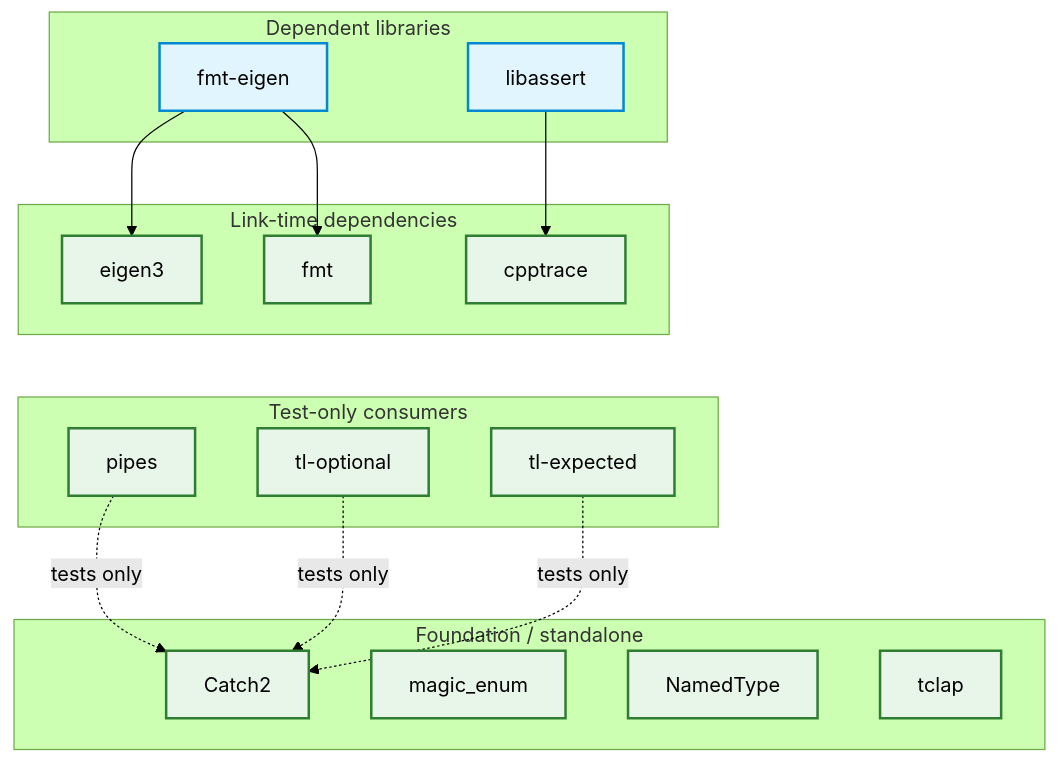
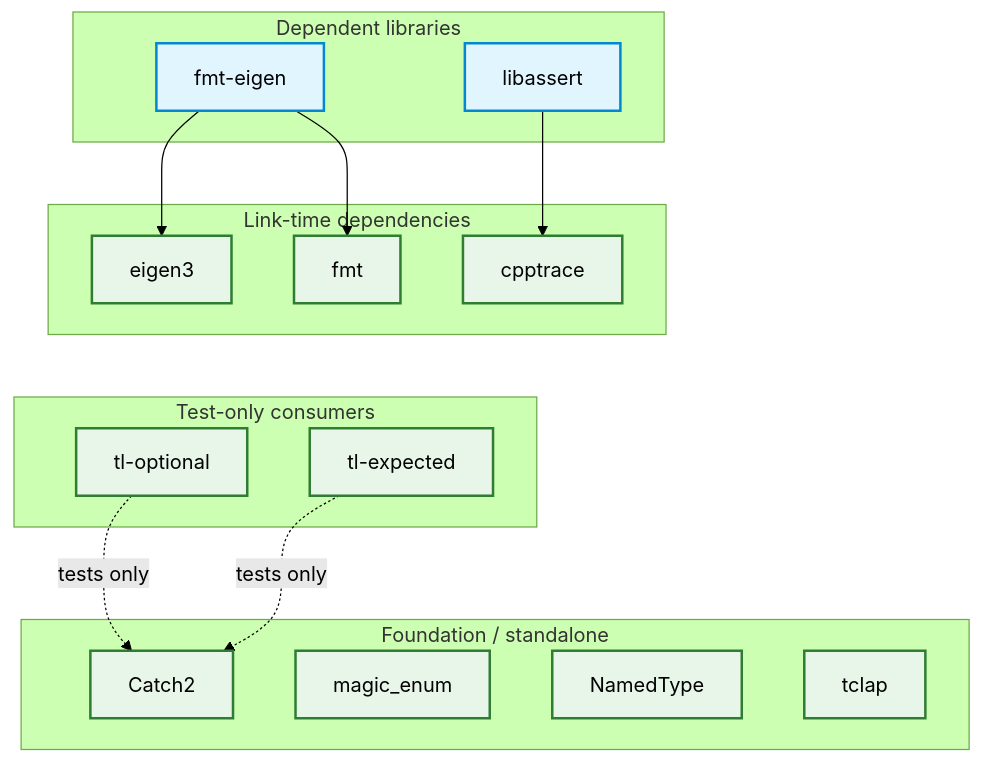
Before and after one commit to cscosine/third_party_base_libs: the diagram in README.md, drawn with Mermaid (forest theme). The commit also changed other lines of this file and 2 other files, not shown here.

First line of the commit message:
pipes dropped

````diff
--- a/README.md
+++ b/README.md
@@ -132,48 +131,46 @@
 ```mermaid
 %%{init: {"flowchart": {"curve": "basis"}} }%%
 graph TD
     %% Edge convention: A --> B  ⇒  "A depends on B"
     %% Solid arrow   = compile / link-time dependency
     %% Dotted arrow  = test-only dependency
 
     classDef consumer fill:#e1f5fe,stroke:#0288d1,stroke-width:2px;
     classDef leaf    fill:#e8f5e9,stroke:#2e7d32,stroke-width:2px;
 
     subgraph dependents["Dependent libraries"]
         fmt_eigen["fmt-eigen"]
         libassert["libassert"]
     end
 
     subgraph link_deps["Link-time dependencies"]
         eigen3["eigen3"]
         fmt["fmt"]
         cpptrace["cpptrace"]
     end
 
     subgraph test_users["Test-only consumers"]
-        pipes["pipes"]
         tl_optional["tl-optional"]
         tl_expected["tl-expected"]
     end
 
     subgraph foundation["Foundation / standalone"]
         catch2["Catch2"]
         magic_enum["magic_enum"]
         namedtype["NamedType"]
         tclap["tclap"]
     end
 
     fmt_eigen --> eigen3
     fmt_eigen --> fmt
     libassert --> cpptrace
 
-    pipes -. "tests only" .-> catch2
     tl_optional -. "tests only" .-> catch2
     tl_expected -. "tests only" .-> catch2
 
     %% invisible links force each group onto its own row (strict vertical layout)
     dependents ~~~ link_deps ~~~ test_users ~~~ foundation
 
     class fmt_eigen,libassert consumer;
-    class eigen3,fmt,cpptrace,magic_enum,catch2,namedtype,tclap,pipes,tl_optional,tl_expected leaf;
+    class eigen3,fmt,cpptrace,magic_enum,catch2,namedtype,tclap,tl_optional,tl_expected leaf;
 ```
````
